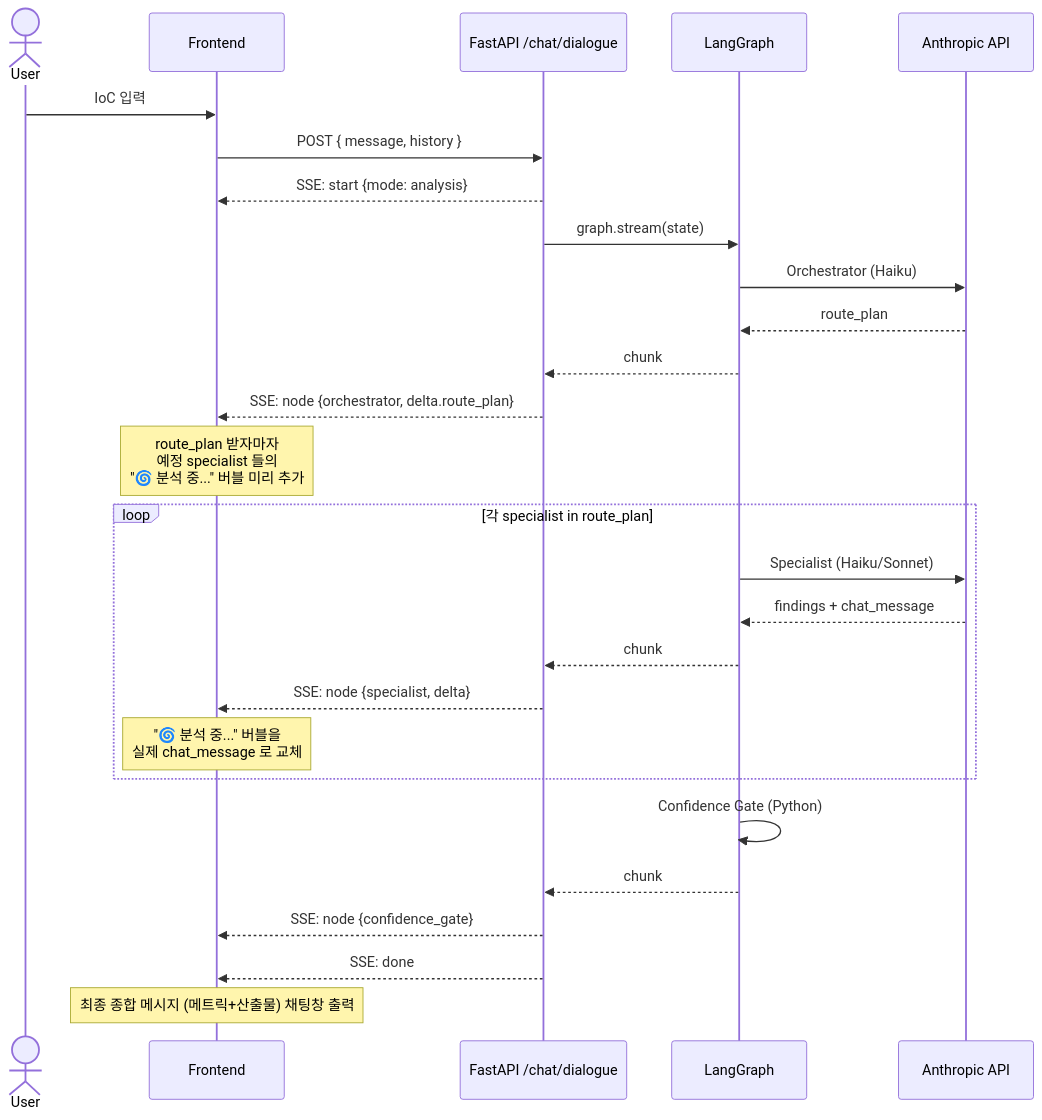
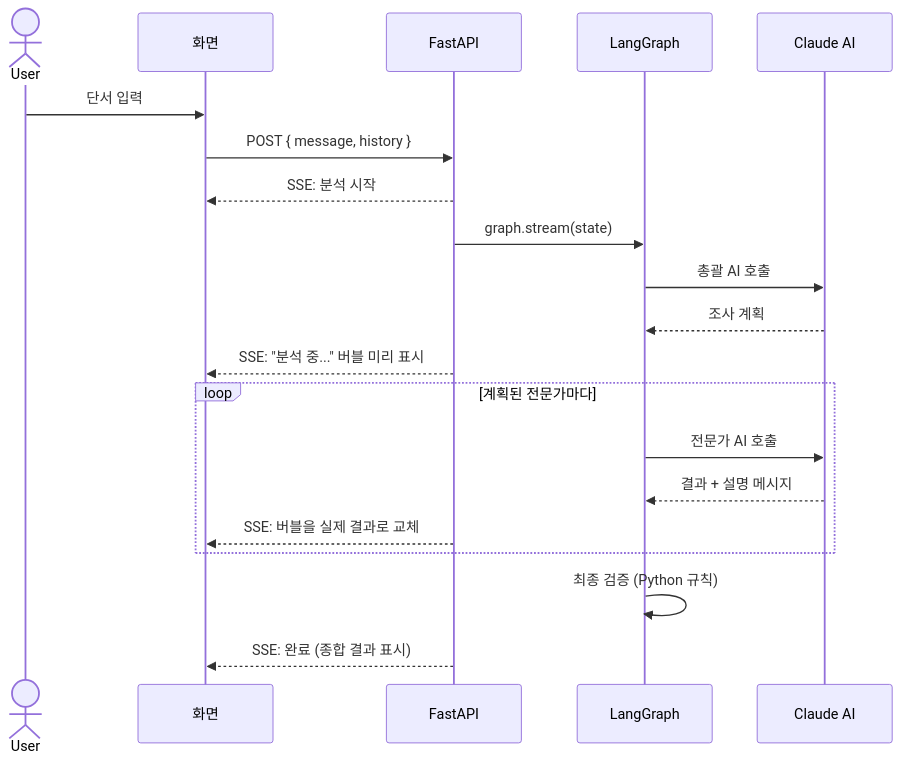
One commit to jjyj2302/AOL_SERVICE_DEMO changed the third of 3 diagrams in README.md. Above: the diagram before and after it, drawn with Mermaid. The commit also changed other lines of this file, not shown here.

````diff
--- a/README.md
+++ b/README.md
@@ -242,33 +218,23 @@
 ```mermaid
 sequenceDiagram
     actor User
-    participant FE as Frontend
-    participant API as FastAPI /chat/dialogue
+    participant FE as 화면
+    participant API as FastAPI
     participant LG as LangGraph
-    participant Claude as Anthropic API
+    participant Claude as Claude AI
 
-    User->>FE: IoC 입력
+    User->>FE: 단서 입력
     FE->>API: POST { message, history }
-    API-->>FE: SSE: start {mode: analysis}
-
+    API-->>FE: SSE: 분석 시작
     API->>LG: graph.stream(state)
-    LG->>Claude: Orchestrator (Haiku)
-    Claude-->>LG: route_plan
-    LG-->>API: chunk
-    API-->>FE: SSE: node {orchestrator, delta.route_plan}
-    Note over FE: route_plan 받자마자<br/>예정 specialist 들의<br/>"🌀 분석 중..." 버블 미리 추가
-
-    loop 각 specialist in route_plan
-        LG->>Claude: Specialist (Haiku/Sonnet)
-        Claude-->>LG: findings + chat_message
-        LG-->>API: chunk
-        API-->>FE: SSE: node {specialist, delta}
-        Note over FE: "🌀 분석 중..." 버블을<br/>실제 chat_message 로 교체
+    LG->>Claude: 총괄 AI 호출
+    Claude-->>LG: 조사 계획
+    API-->>FE: SSE: "분석 중..." 버블 미리 표시
+    loop 계획된 전문가마다
+        LG->>Claude: 전문가 AI 호출
+        Claude-->>LG: 결과 + 설명 메시지
+        API-->>FE: SSE: 버블을 실제 결과로 교체
     end
-
-    LG->>LG: Confidence Gate (Python)
-    LG-->>API: chunk
-    API-->>FE: SSE: node {confidence_gate}
-    API-->>FE: SSE: done
-    Note over FE: 최종 종합 메시지 (메트릭+산출물) 채팅창 출력
+    LG->>LG: 최종 검증 (Python 규칙)
+    API-->>FE: SSE: 완료 (종합 결과 표시)
 ```
````
